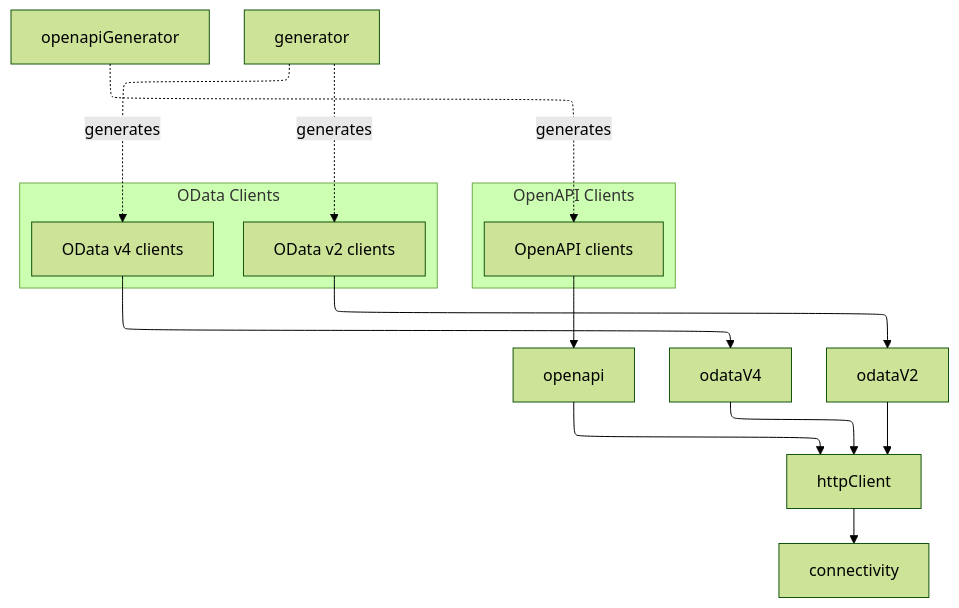
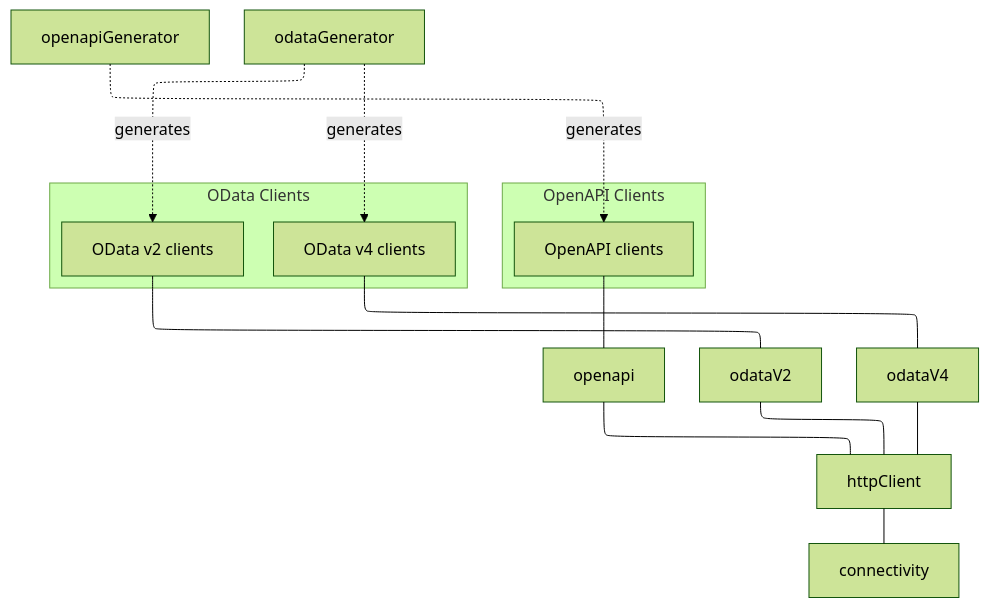
One commit to SAP/cloud-sdk changed the diagram in docs-js/overview.mdx. Above: the diagram before and after it, drawn with Mermaid (forest theme). The commit also changed 1 other file, not shown here.

Commit message:
Adressed PR comments

````diff
--- a/docs-js/overview.mdx
+++ b/docs-js/overview.mdx
@@ -53,37 +53,38 @@
 ```mermaid
 ---
 config:
   layout: elk
 ---
 flowchart TB
     subgraph openapiClientsGroup["OpenAPI Clients"]
         openapiClients["OpenAPI clients"]
     end
 
     subgraph odataClientsGroup["OData Clients"]
         odataV2Clients["OData v2 clients"]
         odataV4Clients["OData v4 clients"]
     end
 
+    openapiClients --- openapi
+    odataV2Clients --- odataV2
+    odataV4Clients --- odataV4
+
+
+    openapi --- httpClient
+    odataV4 --- httpClient
+    odataV2 --- httpClient
+
     openapiGenerator -.-> |generates| openapiClients
-    generator -.-> |generates| odataV2Clients
-    generator -.-> |generates| odataV4Clients
+    odataGenerator -.-> |generates| odataV2Clients
+    odataGenerator -.-> |generates| odataV4Clients
 
-    openapi --> httpClient
-    odataV4 --> httpClient
-    odataV2 --> httpClient
-
-    httpClient --> connectivity
-
-    openapiClients --> openapi
-    odataV2Clients --> odataV2
-    odataV4Clients --> odataV4
+    httpClient --- connectivity
 
     click openapi "https://www.npmjs.com/package/@sap-cloud-sdk/openapi" "@sap-cloud-sdk/openapi"
     click odataV4 "https://www.npmjs.com/package/@sap-cloud-sdk/odata-v4" "@sap-cloud-sdk/odata-v4"
     click odataV2 "https://www.npmjs.com/package/@sap-cloud-sdk/odata-v2" "@sap-cloud-sdk/odata-v2"
     click httpClient "https://www.npmjs.com/package/@sap-cloud-sdk/http-client" "@sap-cloud-sdk/http-client"
     click connectivity "https://www.npmjs.com/package/@sap-cloud-sdk/connectivity" "@sap-cloud-sdk/connectivity"
     click openapiGenerator "https://www.npmjs.com/package/@sap-cloud-sdk/openapi-generator" "@sap-cloud-sdk/openapi-generator"
-    click generator "https://www.npmjs.com/package/@sap-cloud-sdk/generator" "@sap-cloud-sdk/generator"
+    click odataGenerator "https://www.npmjs.com/package/@sap-cloud-sdk/generator" "@sap-cloud-sdk/generator"
 ```
````
